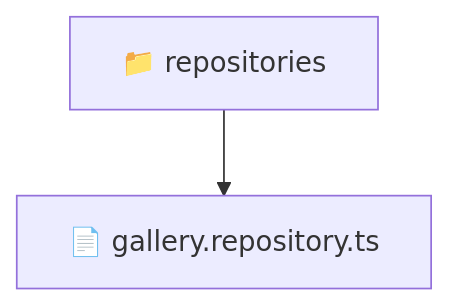
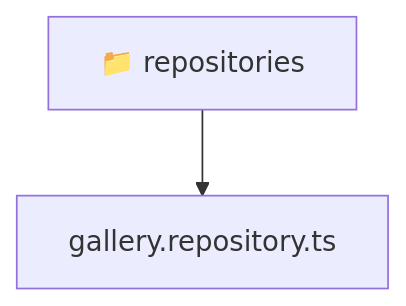
The diagram in backend/src/modules/gallery/infrastructure/repositories/README.md (beginwebdev2002/fullstack-mavluda), drawn with Mermaid before and after one commit. The commit also changed other lines of this file and 167 other files, not shown here.

````diff
--- a/backend/src/modules/gallery/infrastructure/repositories/README.md
+++ b/backend/src/modules/gallery/infrastructure/repositories/README.md
@@ -9,5 +9,6 @@
 ```mermaid
 graph TD
-  Root["📁 repositories"]
-  Root --> gallery_repository_ts["📄 gallery.repository.ts"]
+  Root_repositories["📁 repositories"]
+  f_gallery_repository_ts["gallery.repository.ts"]
+  Root_repositories --> f_gallery_repository_ts
 ```
````
